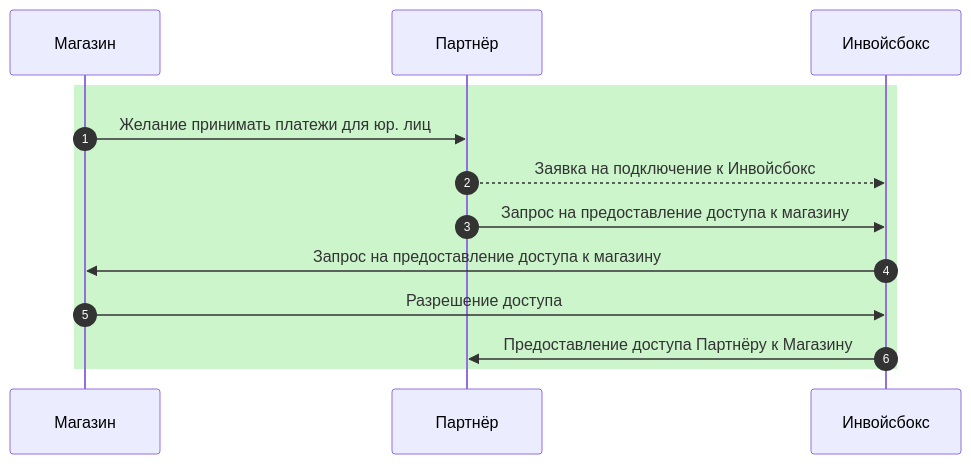
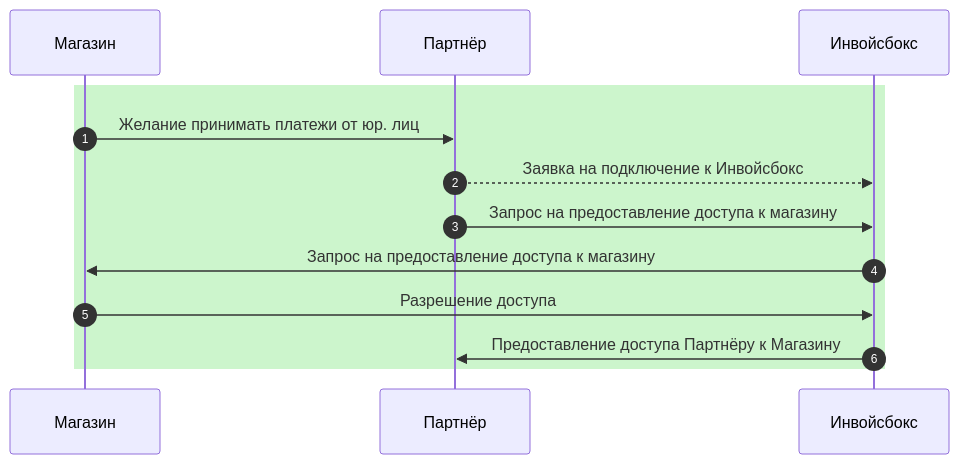
One commit to YIGRIKY/invoicebox-docs changed the diagram in docs/partner/payment-service-provider.md. Above: the diagram before and after it, drawn with Mermaid.

Commit message:
Small fixes

```diff
--- a/docs/partner/payment-service-provider.md
+++ b/docs/partner/payment-service-provider.md
@@ -20,15 +20,15 @@
 <div class="mermaid">
 sequenceDiagram
     autonumber
     participant Магазин
     participant Партнёр
     participant Инвойсбокс
     rect rgb(204, 245, 204)
-        Магазин->>Партнёр: Желание принимать платежи для юр. лиц
+        Магазин->>Партнёр: Желание принимать платежи от юр. лиц
         Партнёр-->>Инвойсбокс: Заявка на подключение к Инвойсбокс
         Партнёр->>Инвойсбокс: Запрос на предоставление доступа к магазину
         Инвойсбокс->>Магазин: Запрос на предоставление доступа к магазину
         Магазин->>Инвойсбокс: Разрешение доступа
         Инвойсбокс->>Партнёр: Предоставление доступа Партнёру к Магазину
     end
 </div>
```
